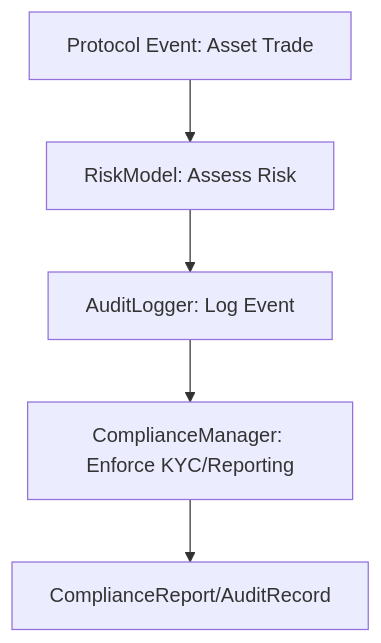
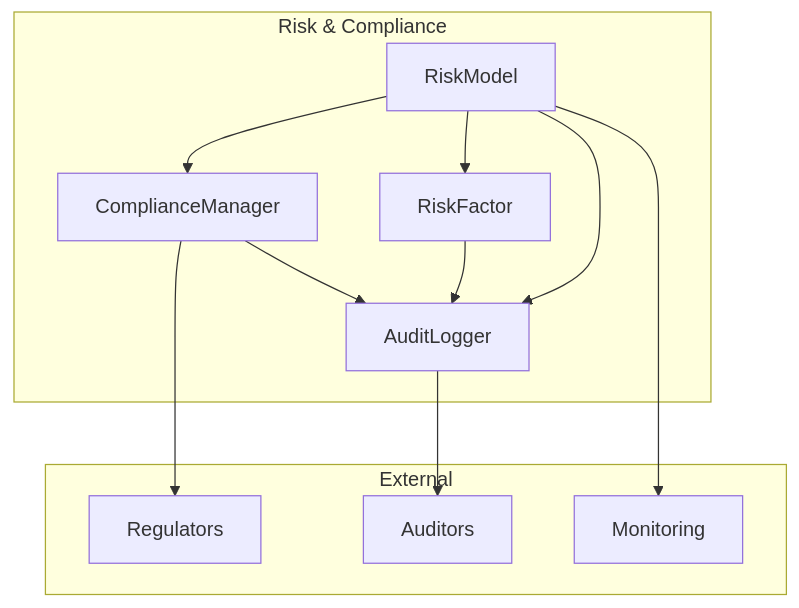
One commit to VeritasVault-ai/vv changed the first of 3 diagrams in src/vv.Domain/Docs/Risk/Design.md. Above: the diagram before and after it, drawn with Mermaid. The commit also changed other lines of this file and 23 other files, not shown here.

First line of the commit message:
This PR significantly enhances the documentation across multiple domains, with particular focus on: 1. Integration Gateway improvements 2. Governance & Custody domain refinements 3. Risk & Compliance documentation unification 4. Analytics and cross-domain integration patterns

````diff
--- a/src/vv.Domain/Docs/Risk/Design.md
+++ b/src/vv.Domain/Docs/Risk/Design.md
@@ -153,7 +157,18 @@
 ```mermaid
 graph TD
-    A[Protocol Event: Asset Trade] --> B[RiskModel: Assess Risk]
-    B --> C[AuditLogger: Log Event]
-    C --> D[ComplianceManager: Enforce KYC/Reporting]
-    D --> E[ComplianceReport/AuditRecord]
+  subgraph Risk & Compliance
+    RM[RiskModel] --> RF[RiskFactor]
+    RM --> CM[ComplianceManager]
+    RM --> AL[AuditLogger]
+    RF --> AL
+    CM --> AL
+  end
+  subgraph External
+    REG[Regulators]
+    AUD[Auditors]
+    MON[Monitoring]
+  end
+  CM --> REG
+  AL --> AUD
+  RM --> MON
 ```
````
